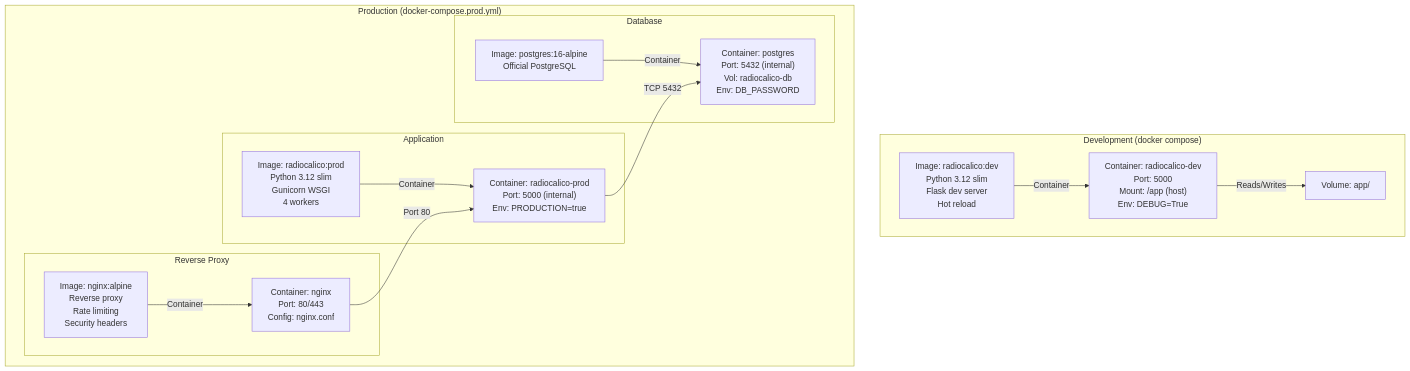
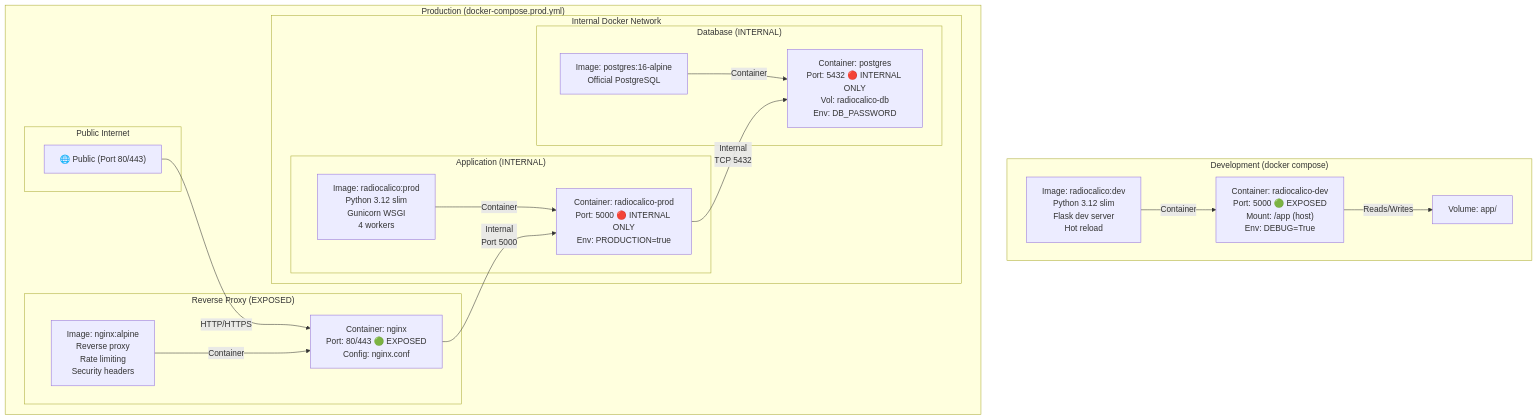
Before and after one commit to pkjha-aero/Udemy_ClaudeCode_SundogEdu: the fourth of 10 diagrams in radiocalico/ARCHITECTURE.md, drawn with Mermaid. The commit also changed other lines of this file, not shown here.

First line of the commit message:
docs: Update architecture diagrams to clarify port exposure policy

````diff
--- a/radiocalico/ARCHITECTURE.md
+++ b/radiocalico/ARCHITECTURE.md
@@ -162,35 +171,42 @@
 ```mermaid
 graph TB
     subgraph "Development (docker compose)"
         DevVol["Volume: app/"]
         DevImg["Image: radiocalico:dev<br/>Python 3.12 slim<br/>Flask dev server<br/>Hot reload"]
-        DevCont["Container: radiocalico-dev<br/>Port: 5000<br/>Mount: /app (host)<br/>Env: DEBUG=True"]
+        DevCont["Container: radiocalico-dev<br/>Port: 5000 🟢 EXPOSED<br/>Mount: /app (host)<br/>Env: DEBUG=True"]
     end
 
     subgraph "Production (docker-compose.prod.yml)"
-        subgraph "Reverse Proxy"
-            NginxImg["Image: nginx:alpine<br/>Reverse proxy<br/>Rate limiting<br/>Security headers"]
-            NginxCont["Container: nginx<br/>Port: 80/443<br/>Config: nginx.conf"]
+        subgraph "Public Internet"
+            Internet["🌐 Public (Port 80/443)"]
         end
         
-        subgraph "Application"
-            GunicornImg["Image: radiocalico:prod<br/>Python 3.12 slim<br/>Gunicorn WSGI<br/>4 workers"]
-            GunicornCont["Container: radiocalico-prod<br/>Port: 5000 (internal)<br/>Env: PRODUCTION=true"]
+        subgraph "Reverse Proxy (EXPOSED)"
+            NginxImg["Image: nginx:alpine<br/>Reverse proxy<br/>Rate limiting<br/>Security headers"]
+            NginxCont["Container: nginx<br/>Port: 80/443 🟢 EXPOSED<br/>Config: nginx.conf"]
         end
         
-        subgraph "Database"
-            PgImg["Image: postgres:16-alpine<br/>Official PostgreSQL"]
-            PgCont["Container: postgres<br/>Port: 5432 (internal)<br/>Vol: radiocalico-db<br/>Env: DB_PASSWORD"]
+        subgraph "Internal Docker Network"
+            subgraph "Application (INTERNAL)"
+                GunicornImg["Image: radiocalico:prod<br/>Python 3.12 slim<br/>Gunicorn WSGI<br/>4 workers"]
+                GunicornCont["Container: radiocalico-prod<br/>Port: 5000 🔴 INTERNAL ONLY<br/>Env: PRODUCTION=true"]
+            end
+            
+            subgraph "Database (INTERNAL)"
+                PgImg["Image: postgres:16-alpine<br/>Official PostgreSQL"]
+                PgCont["Container: postgres<br/>Port: 5432 🔴 INTERNAL ONLY<br/>Vol: radiocalico-db<br/>Env: DB_PASSWORD"]
+            end
         end
     end
 
     DevCont -->|Reads/Writes| DevVol
     DevImg -->|Container| DevCont
     
+    Internet -->|HTTP/HTTPS| NginxCont
     NginxImg -->|Container| NginxCont
     GunicornImg -->|Container| GunicornCont
     PgImg -->|Container| PgCont
     
-    NginxCont -->|Port 80| GunicornCont
-    GunicornCont -->|TCP 5432| PgCont
+    NginxCont -->|Internal<br/>Port 5000| GunicornCont
+    GunicornCont -->|Internal<br/>TCP 5432| PgCont
 ```
````
